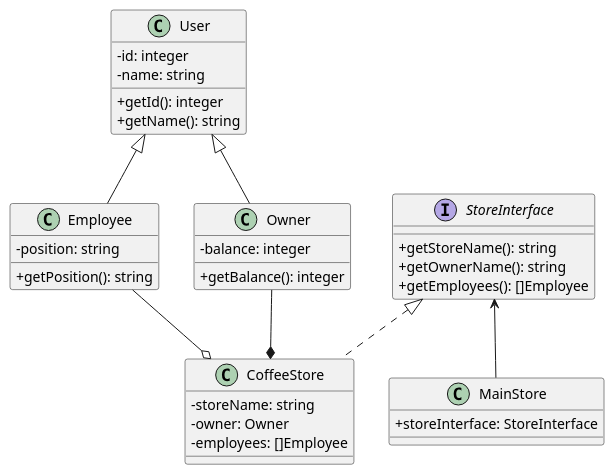
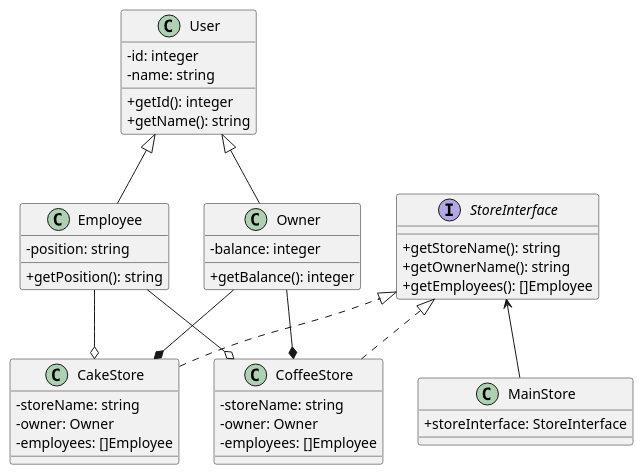
The diagram in class_diagram/docs/final-example.puml (muhammadrivaldy/all-about-tech), drawn with PlantUML before and after one commit. The commit also changed 7 other files, not shown here.

Commit message:
Update the example of class diagram

```diff
--- a/class_diagram/docs/final-example.puml
+++ b/class_diagram/docs/final-example.puml
@@ -1,43 +1,51 @@
 @startuml Final Example
 
 skinparam classAttributeIconSize 0
 
 class User {
     - id: integer
     - name: string
     + getId(): integer
     + getName(): string
 }
 
 class Employee extends User {
     - position: string
     + getPosition(): string
 }
 
 interface StoreInterface {
     + getStoreName(): string
     + getOwnerName(): string
     + getEmployees(): []Employee
 }
 
 class CoffeeStore implements StoreInterface {
     - storeName: string
     - owner: Owner
     - employees: []Employee
 }
 
+class CakeStore implements StoreInterface {
+    - storeName: string
+    - owner: Owner
+    - employees: []Employee
+}
+
 class Owner extends User {
     - balance: integer
     + getBalance(): integer
 }
 
 Employee --o CoffeeStore
 Owner --* CoffeeStore
+Employee --o CakeStore
+Owner --* CakeStore
 
 class MainStore {
     + storeInterface: StoreInterface
 }
 
 StoreInterface <-- MainStore
 
 @enduml
```
